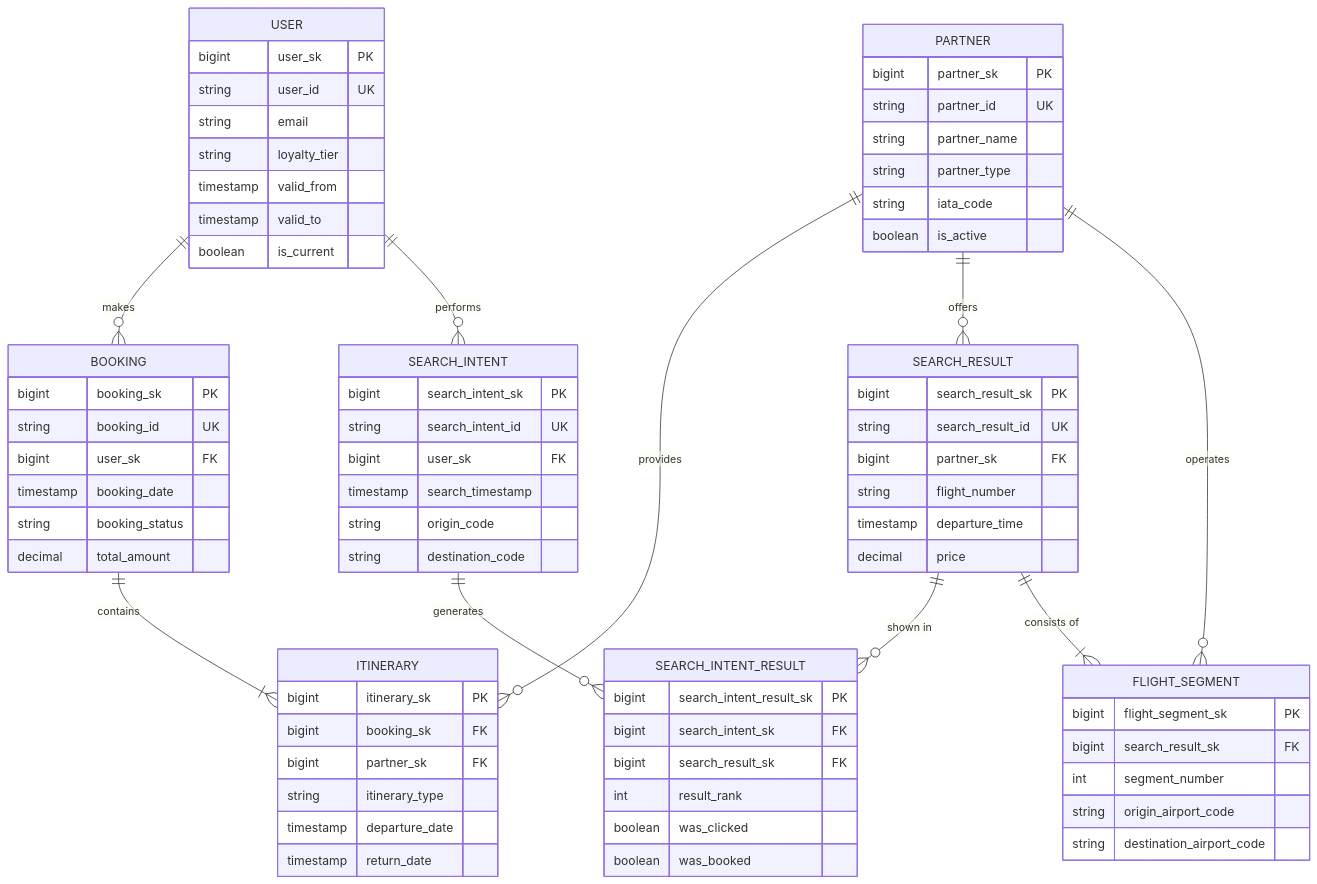
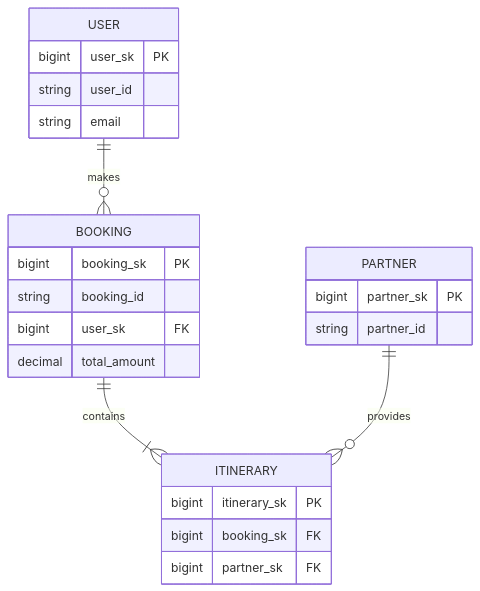
Before and after one commit to GC1-dev/agentic-data-engineer: the first of 2 diagrams in .claude/agents/silver-data-modeling-agent.md, drawn with Mermaid. The commit also changed other lines of this file, not shown here.

````diff
--- a/.claude/agents/silver-data-modeling-agent.md
+++ b/.claude/agents/silver-data-modeling-agent.md
@@ -493,43 +221,19 @@
 ```mermaid
 erDiagram
     USER ||--o{ BOOKING : makes
-    USER ||--o{ SEARCH_INTENT : performs
-
     BOOKING ||--|{ ITINERARY : contains
-
     PARTNER ||--o{ ITINERARY : provides
-    PARTNER ||--o{ SEARCH_RESULT : offers
-    PARTNER ||--o{ FLIGHT_SEGMENT : operates
-
-    SEARCH_INTENT ||--o{ SEARCH_INTENT_RESULT : generates
-    SEARCH_RESULT ||--o{ SEARCH_INTENT_RESULT : "shown in"
-    SEARCH_RESULT ||--|{ FLIGHT_SEGMENT : "consists of"
 
     USER {
         bigint user_sk PK
-        string user_id UK
+        string user_id
         string email
-        string loyalty_tier
-        timestamp valid_from
-        timestamp valid_to
-        boolean is_current
-    }
-
-    PARTNER {
-        bigint partner_sk PK
-        string partner_id UK
-        string partner_name
-        string partner_type
-        string iata_code
-        boolean is_active
     }
 
     BOOKING {
         bigint booking_sk PK
-        string booking_id UK
+        string booking_id
         bigint user_sk FK
-        timestamp booking_date
-        string booking_status
         decimal total_amount
     }
 
@@ -537,43 +241,10 @@
         bigint itinerary_sk PK
         bigint booking_sk FK
         bigint partner_sk FK
-        string itinerary_type
-        timestamp departure_date
-        timestamp return_date
     }
 
-    SEARCH_INTENT {
-        bigint search_intent_sk PK
-        string search_intent_id UK
-        bigint user_sk FK
-        timestamp search_timestamp
-        string origin_code
-        string destination_code
-    }
-
-    SEARCH_RESULT {
-        bigint search_result_sk PK
-        string search_result_id UK
-        bigint partner_sk FK
-        string flight_number
-        timestamp departure_time
-        decimal price
-    }
-
-    FLIGHT_SEGMENT {
-        bigint flight_segment_sk PK
-        bigint search_result_sk FK
-        int segment_number
-        string origin_airport_code
-        string destination_airport_code
-    }
-
-    SEARCH_INTENT_RESULT {
-        bigint search_intent_result_sk PK
-        bigint search_intent_sk FK
-        bigint search_result_sk FK
-        int result_rank
-        boolean was_clicked
-        boolean was_booked
+    PARTNER {
+        bigint partner_sk PK
+        string partner_id
     }
 ```
````
